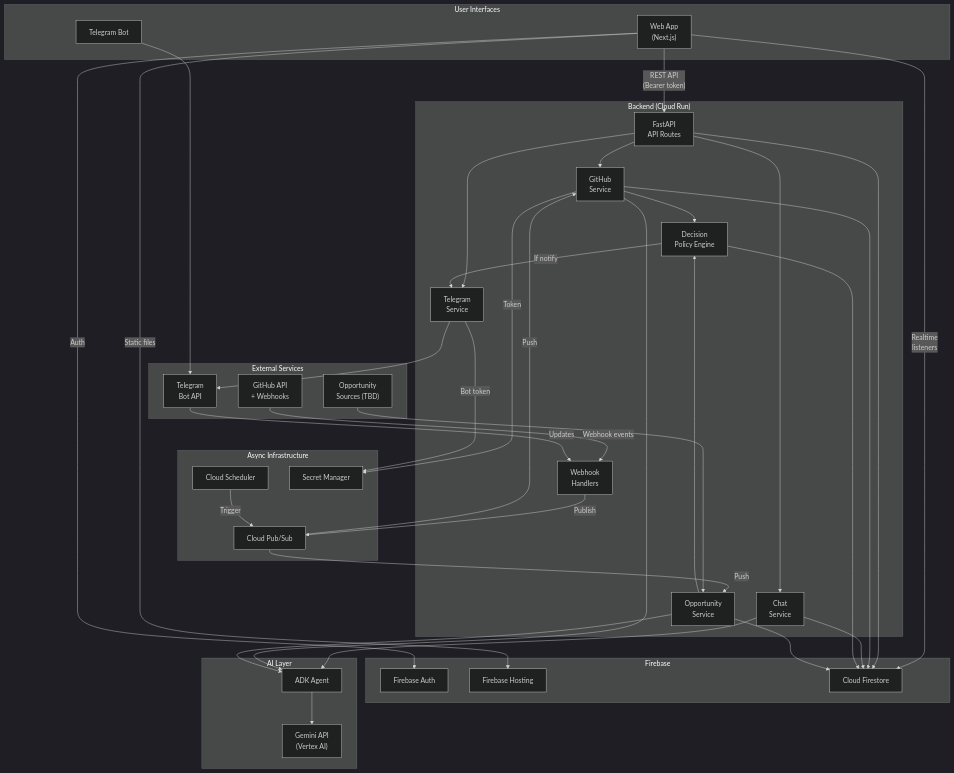
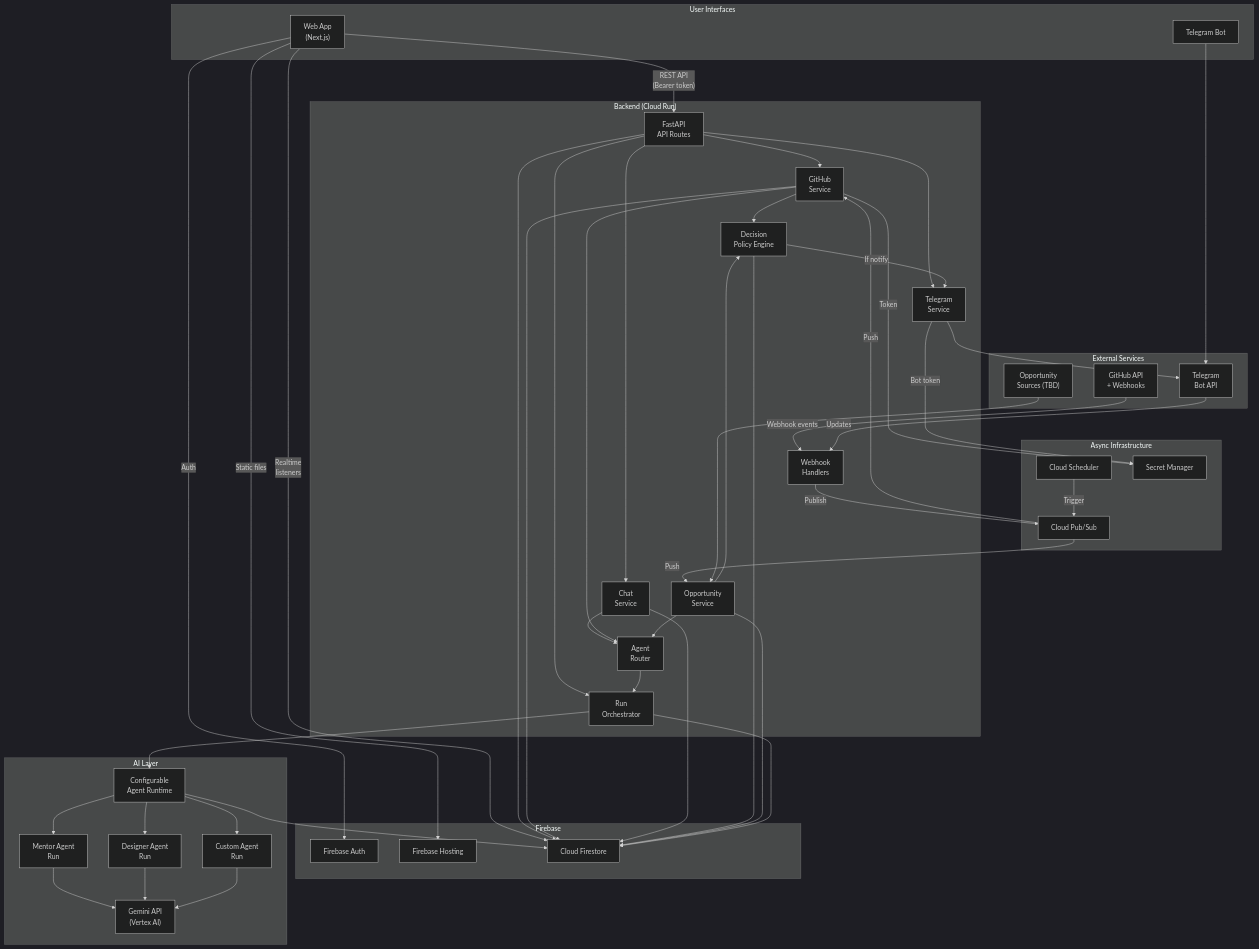
One commit to yernururue/Mark-I changed the first of 7 diagrams in docs/ARCHITECTURE.md. Above: the diagram before and after it, drawn with Mermaid (dark theme). The commit also changed other lines of this file and 52 other files, not shown here.

Commit message:
feat: implement core chat functionality, authentication flows, and product readiness documentation while restructuring frontend architecture

```diff
--- a/docs/ARCHITECTURE.md
+++ b/docs/ARCHITECTURE.md
@@ -24,6 +24,8 @@
         API["FastAPI<br/>API Routes"]
         WH["Webhook<br/>Handlers"]
         CHAT_SVC["Chat<br/>Service"]
+        ROUTER["Agent<br/>Router"]
+        ORCH["Run<br/>Orchestrator"]
         DECISION["Decision<br/>Policy Engine"]
         GH_SVC["GitHub<br/>Service"]
         TG_SVC["Telegram<br/>Service"]
@@ -31,7 +33,10 @@
     end
 
     subgraph "AI Layer"
-        ADK["ADK Agent"]
+        RUNTIME["Configurable<br/>Agent Runtime"]
+        A1["Mentor Agent<br/>Run"]
+        A2["Designer Agent<br/>Run"]
+        AN["Custom Agent<br/>Run"]
         GEMINI["Gemini API<br/>(Vertex AI)"]
     end
 
@@ -55,6 +60,7 @@
 
     %% API → Services
     API --> CHAT_SVC
+    API --> ORCH
     API --> GH_SVC
     API --> TG_SVC
 
@@ -70,11 +76,18 @@
     %% Scheduler
     SCHED -->|"Trigger"| PUBSUB
 
-    %% Services → AI
-    CHAT_SVC --> ADK
-    GH_SVC --> ADK
-    OPP_SVC --> ADK
-    ADK --> GEMINI
+    %% Routing and concurrent agent runs
+    CHAT_SVC --> ROUTER
+    GH_SVC --> ROUTER
+    OPP_SVC --> ROUTER
+    ROUTER --> ORCH
+    ORCH --> RUNTIME
+    RUNTIME --> A1
+    RUNTIME --> A2
+    RUNTIME --> AN
+    A1 --> GEMINI
+    A2 --> GEMINI
+    AN --> GEMINI
 
     %% Services → Decision
     GH_SVC --> DECISION
@@ -90,6 +103,8 @@
     CHAT_SVC --> FS
     DECISION --> FS
     OPP_SVC --> FS
+    ORCH --> FS
+    RUNTIME --> FS
 
     %% Secrets
     GH_SVC -->|"Token"| SM
```
